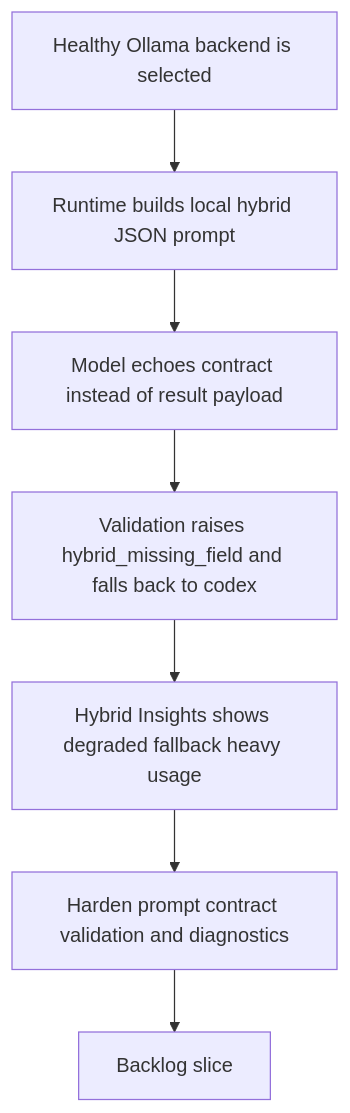
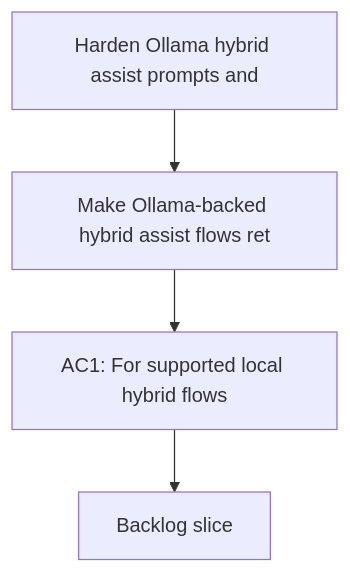
One commit to AlexAgo83/logics-manager changed the diagram in logics/request/req_102_harden_ollama_hybrid_assist_prompts_and_response_validation_so_local_runs_stop_echoing_the_contract.md. Above: the diagram before and after it, drawn with Mermaid. The commit also changed 481 other files, not shown here.

````diff
--- a/logics/request/req_102_harden_ollama_hybrid_assist_prompts_and_response_validation_so_local_runs_stop_echoing_the_contract.md
+++ b/logics/request/req_102_harden_ollama_hybrid_assist_prompts_and_response_validation_so_local_runs_stop_echoing_the_contract.md
@@ -41,11 +41,8 @@
 ```mermaid
 %% logics-kind: request
 %% logics-signature: request|harden-ollama-hybrid-assist-prompts-and-|make-ollama-backed-hybrid-assist-flows-r|ac1-for-supported-local-hybrid-flows
 flowchart TD
-    Trigger[Healthy Ollama backend is selected] --> Prompt[Runtime builds local hybrid JSON prompt]
-    Prompt --> BadOutput[Model echoes contract instead of result payload]
-    BadOutput --> Fallback[Validation raises hybrid_missing_field and falls back to codex]
-    Fallback --> Insight[Hybrid Insights shows degraded fallback heavy usage]
-    Insight --> Fix[Harden prompt contract validation and diagnostics]
-    Fix --> Backlog[Backlog slice]
+    Trigger[Harden Ollama hybrid assist prompts and] --> Need[Make Ollama-backed hybrid assist flows ret]
+    Need --> Outcome[AC1: For supported local hybrid flows]
+    Outcome --> Backlog[Backlog slice]
 ```
````
